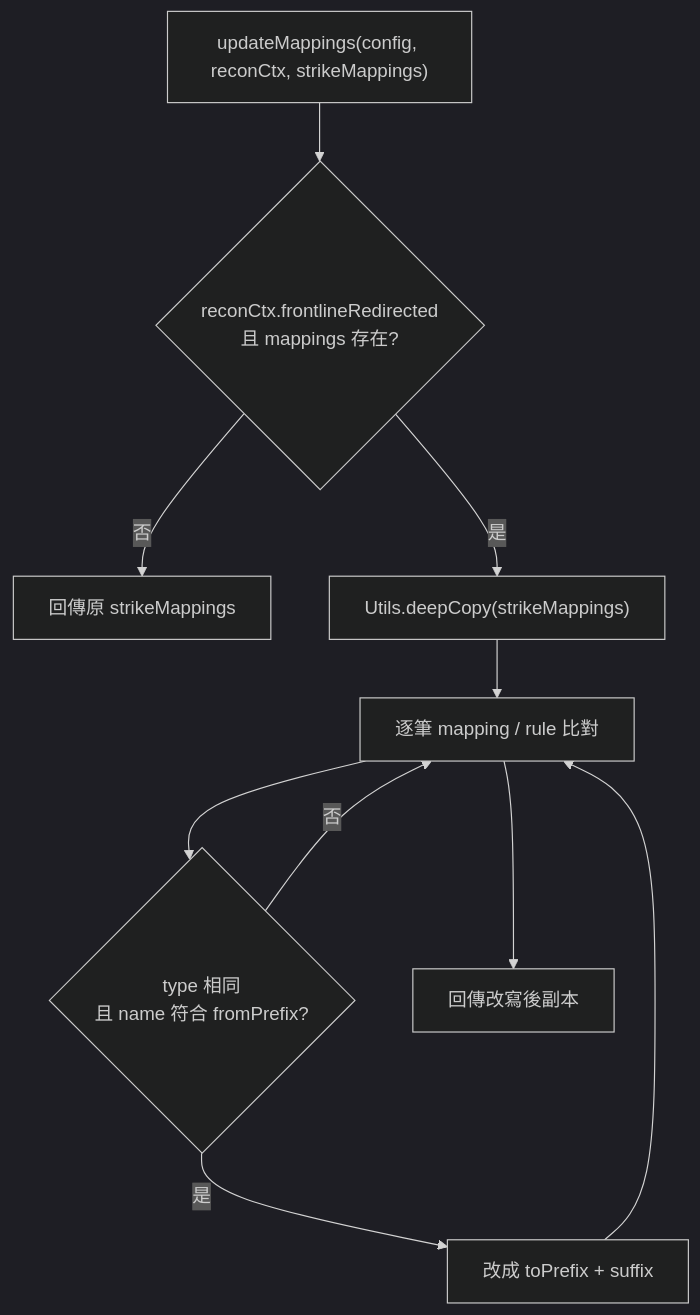
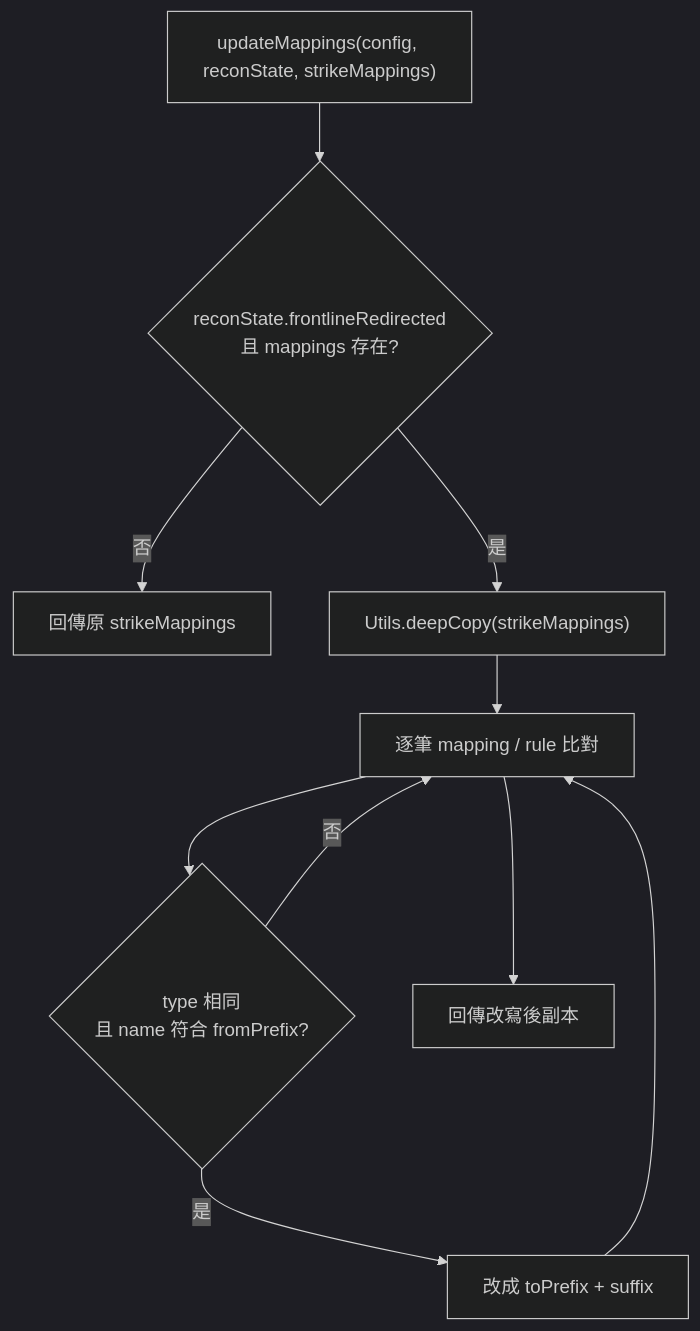
The second of 2 diagrams in docs/strikePlanner/frontlineRedirect.md (pullupjumper/formosa-in-flames), drawn with Mermaid (dark theme) before and after one commit. The commit also changed other lines of this file and 67 other files, not shown here.

````diff
--- a/docs/strikePlanner/frontlineRedirect.md
+++ b/docs/strikePlanner/frontlineRedirect.md
@@ -70,19 +70,19 @@
 ```mermaid
 flowchart TD
-    START["updateMappings(config, reconCtx, strikeMappings)"]
-    ACTIVE{"reconCtx.frontlineRedirected<br>且 mappings 存在?"}
+    START["updateMappings(config, reconState, strikeMappings)"]
+    ACTIVE{"reconState.frontlineRedirected<br>且 mappings 存在?"}
     RETURN_ORIGINAL["回傳原 strikeMappings"]
     COPY["Utils.deepCopy(strikeMappings)"]
     LOOP["逐筆 mapping / rule 比對"]
     MATCH{"type 相同<br>且 name 符合 fromPrefix?"}
     REWRITE["改成 toPrefix + suffix"]
     RESULT["回傳改寫後副本"]
 
     START --> ACTIVE
     ACTIVE -->|否| RETURN_ORIGINAL
     ACTIVE -->|是| COPY --> LOOP
     LOOP --> MATCH
     MATCH -->|是| REWRITE --> LOOP
     MATCH -->|否| LOOP
     LOOP --> RESULT
 ```
````
